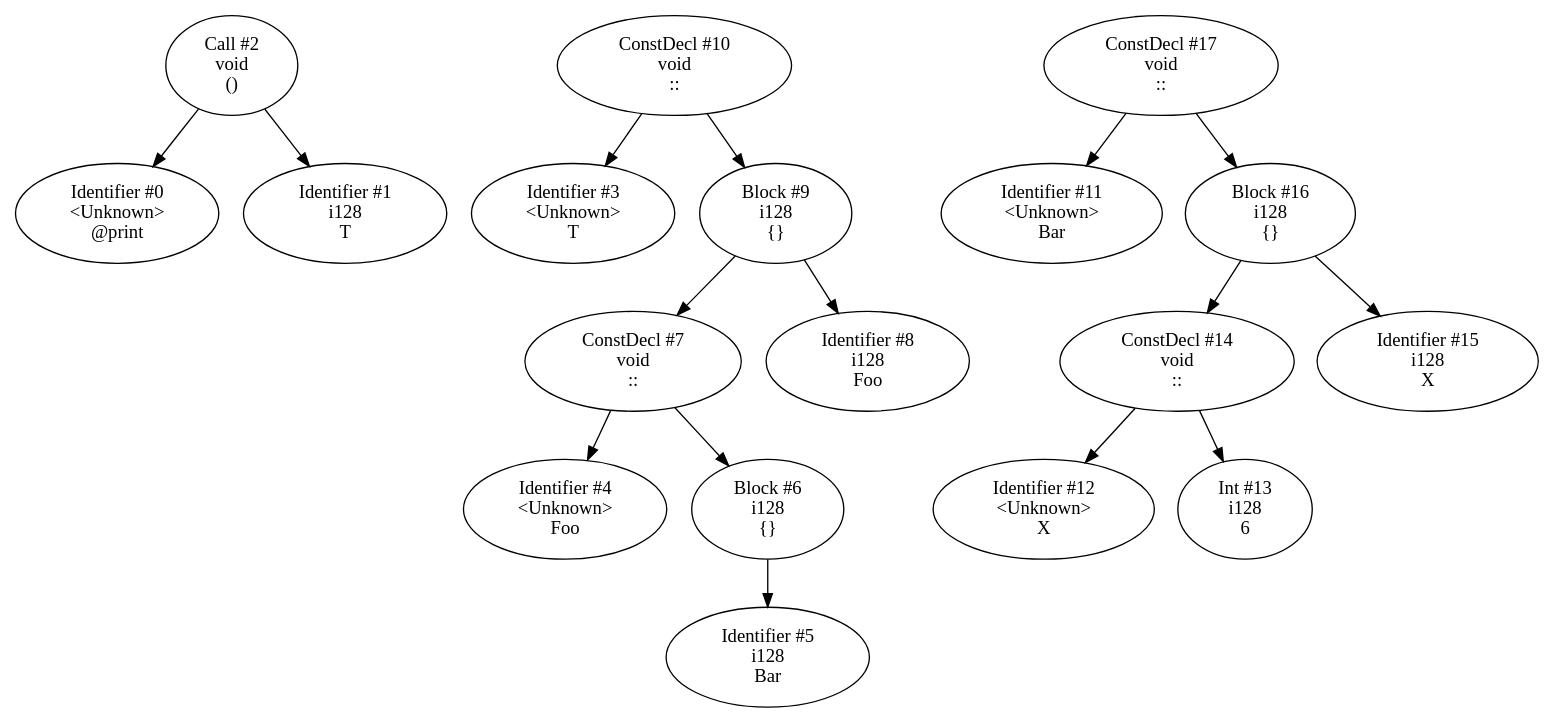
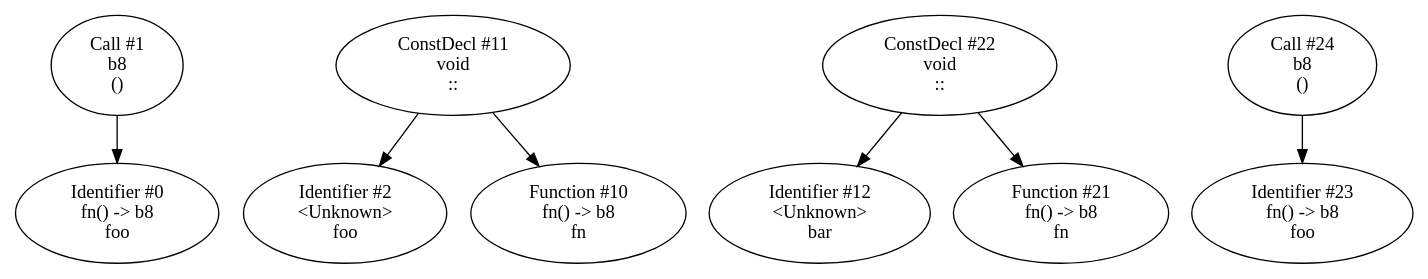
Before and after one commit to Nimaoth/OrbitLang: the diagram in examples/test.orb.gv, drawn with Graphviz. The commit also changed 11 other files, not shown here.

```diff
--- a/examples/test.orb.gv
+++ b/examples/test.orb.gv
@@ -1,17 +1,8 @@
 digraph Ast {
-    "Call #2\nvoid\n()" -> "Identifier #0\n<Unknown>\n@print"
-    "Call #2\nvoid\n()" -> "Identifier #1\ni128\nT"
-    "ConstDecl #10\nvoid\n::" -> "Identifier #3\n<Unknown>\nT"
-    "ConstDecl #10\nvoid\n::" -> "Block #9\ni128\n{}"
-    "Block #9\ni128\n{}" -> "ConstDecl #7\nvoid\n::"
-    "ConstDecl #7\nvoid\n::" -> "Identifier #4\n<Unknown>\nFoo"
-    "ConstDecl #7\nvoid\n::" -> "Block #6\ni128\n{}"
-    "Block #6\ni128\n{}" -> "Identifier #5\ni128\nBar"
-    "Block #9\ni128\n{}" -> "Identifier #8\ni128\nFoo"
-    "ConstDecl #17\nvoid\n::" -> "Identifier #11\n<Unknown>\nBar"
-    "ConstDecl #17\nvoid\n::" -> "Block #16\ni128\n{}"
-    "Block #16\ni128\n{}" -> "ConstDecl #14\nvoid\n::"
-    "ConstDecl #14\nvoid\n::" -> "Identifier #12\n<Unknown>\nX"
-    "ConstDecl #14\nvoid\n::" -> "Int #13\ni128\n6"
-    "Block #16\ni128\n{}" -> "Identifier #15\ni128\nX"
+    "Call #1\nb8\n()" -> "Identifier #0\nfn() -> b8\nfoo"
+    "ConstDecl #11\nvoid\n::" -> "Identifier #2\n<Unknown>\nfoo"
+    "ConstDecl #11\nvoid\n::" -> "Function #10\nfn() -> b8\nfn"
+    "ConstDecl #22\nvoid\n::" -> "Identifier #12\n<Unknown>\nbar"
+    "ConstDecl #22\nvoid\n::" -> "Function #21\nfn() -> b8\nfn"
+    "Call #24\nb8\n()" -> "Identifier #23\nfn() -> b8\nfoo"
 }
```
